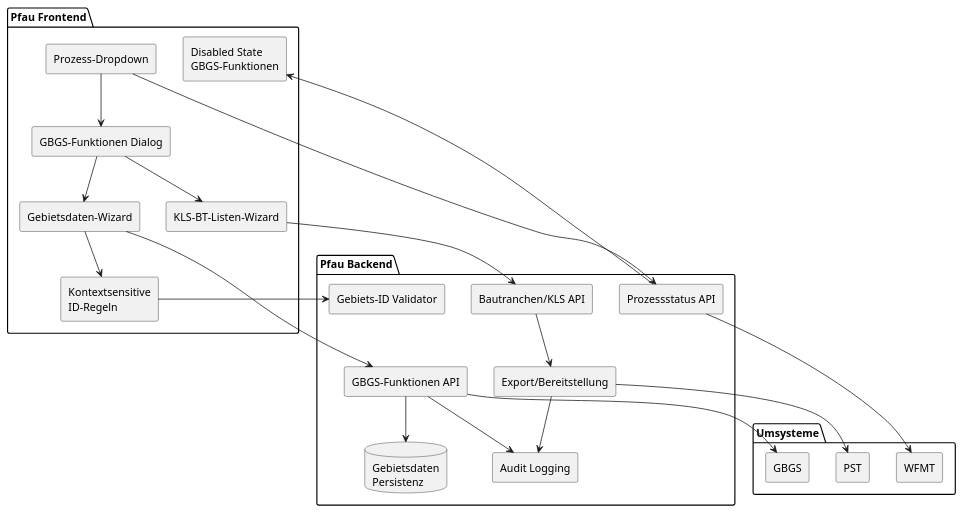
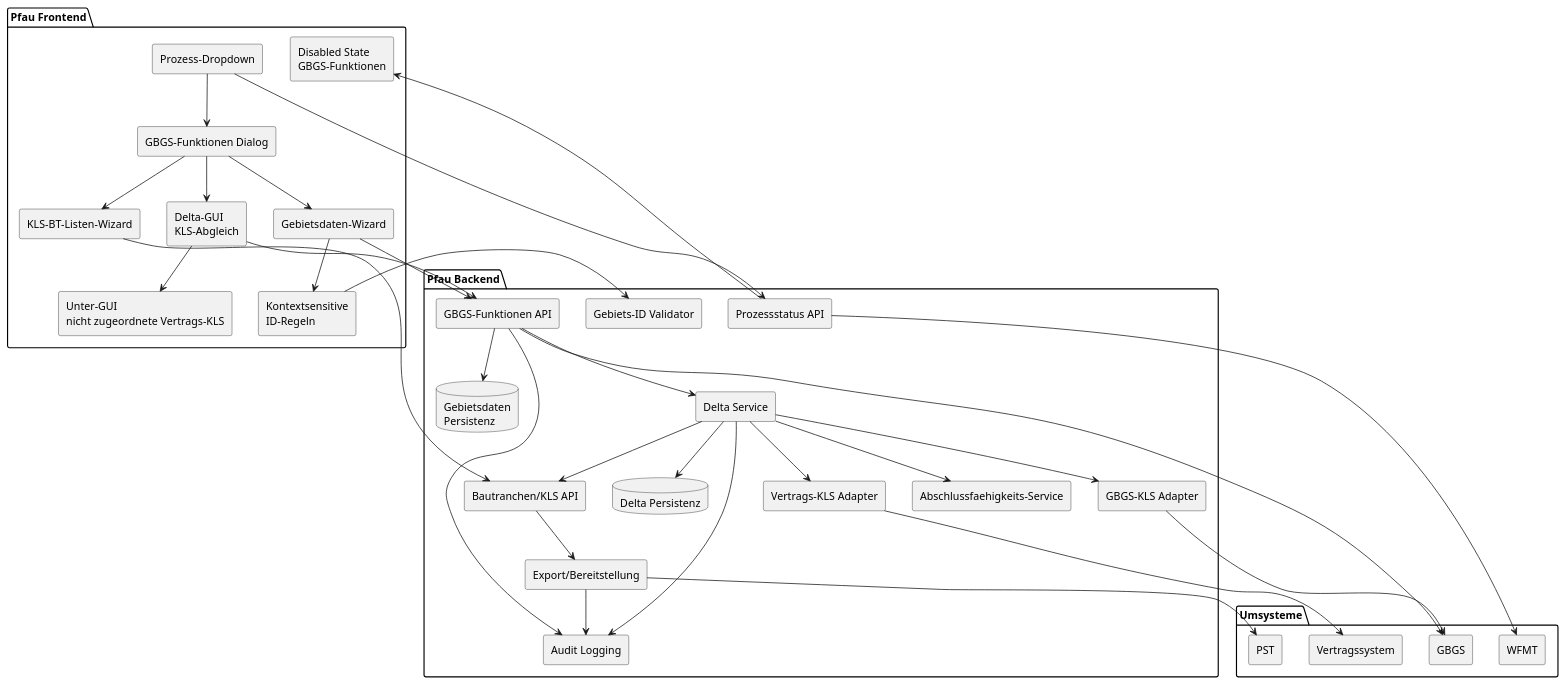
Before and after one commit to bergmantb/wbv_bemo: the diagram in gbgs-mock/plantuml-diagramme/13-8-komponentendiagramm.md, drawn with PlantUML. The commit also changed 16 other files, not shown here.

Commit message:
Expand GBGS KLS delta reconciliation design

````diff
--- a/gbgs-mock/plantuml-diagramme/13-8-komponentendiagramm.md
+++ b/gbgs-mock/plantuml-diagramme/13-8-komponentendiagramm.md
@@ -3,48 +3,68 @@
 ```plantuml
 @startuml
 skinparam componentStyle rectangle
 skinparam shadowing false
 
 package "Pfau Frontend" {
   [Prozess-Dropdown] as PD
   [Disabled State\nGBGS-Funktionen] as DIS
   [GBGS-Funktionen Dialog] as MOD
   [Gebietsdaten-Wizard] as AREA
   [Kontextsensitive\nID-Regeln] as RULE
   [KLS-BT-Listen-Wizard] as KLSUI
+  [Delta-GUI\nKLS-Abgleich] as DELTAUI
+  [Unter-GUI\nnicht zugeordnete Vertrags-KLS] as UNASSIGNEDUI
 }
 
 package "Pfau Backend" {
   [Prozessstatus API] as PROC
   [GBGS-Funktionen API] as FAPI
   [Gebiets-ID Validator] as VALID
   database "Gebietsdaten\nPersistenz" as DATA
   [Bautranchen/KLS API] as KLSAPI
+  [GBGS-KLS Adapter] as GBGSKLS
+  [Delta Service] as DELTASVC
+  database "Delta Persistenz" as DELTADB
+  [Vertrags-KLS Adapter] as CONTRACT
+  [Abschlussfaehigkeits-Service] as COMPLETE
   [Export/Bereitstellung] as EXPORT
   [Audit Logging] as AUD
 }
 
 package "Umsysteme" {
   [WFMT] as WFMT
   [PST] as PST
   [GBGS] as GBGS
+  [Vertragssystem] as CONTRACTSYS
 }
 
 PD --> PROC
 PROC --> WFMT
 PROC --> DIS
 PD --> MOD
 MOD --> AREA
 AREA --> RULE
 RULE --> VALID
 AREA --> FAPI
 FAPI --> DATA
 MOD --> KLSUI
 KLSUI --> KLSAPI
+MOD --> DELTAUI
+DELTAUI --> FAPI
+DELTAUI --> UNASSIGNEDUI
 KLSAPI --> EXPORT
 EXPORT --> PST
+FAPI --> DELTASVC
+DELTASVC --> KLSAPI
+DELTASVC --> GBGSKLS
+DELTASVC --> CONTRACT
+DELTASVC --> DELTADB
+DELTASVC --> COMPLETE
+GBGSKLS --> GBGS
+CONTRACT --> CONTRACTSYS
 FAPI --> AUD
+DELTASVC --> AUD
 EXPORT --> AUD
 FAPI --> GBGS
 @enduml
 ```
````
